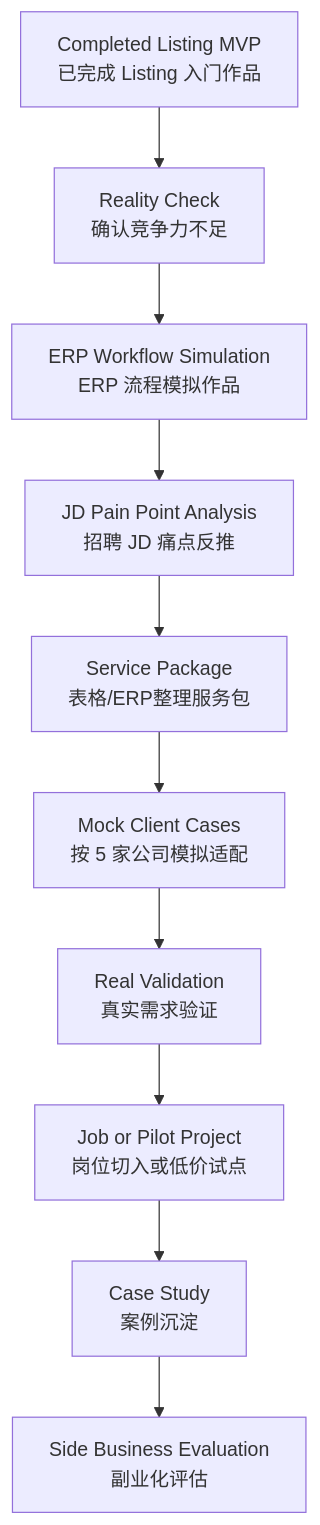
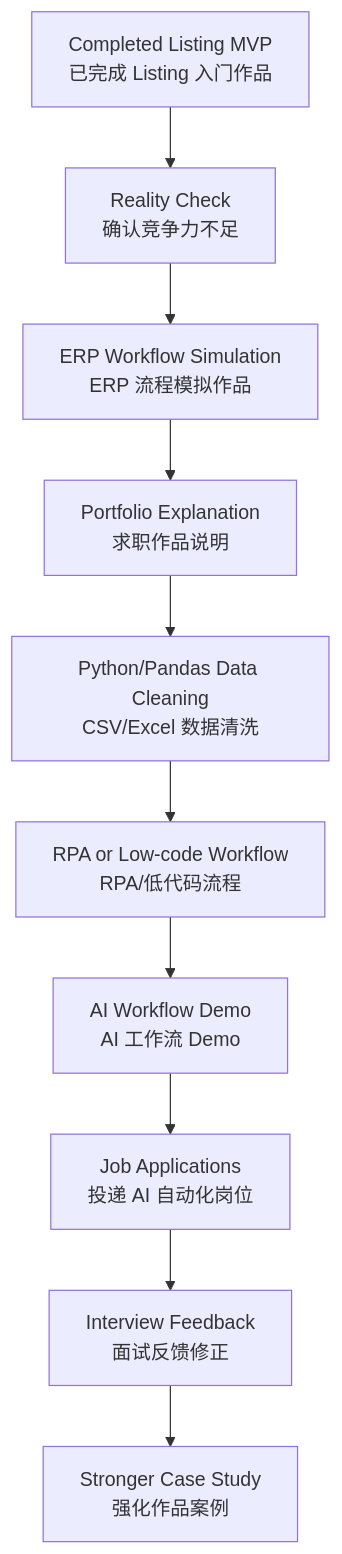
Before and after one commit to sai5585wo/work-plan: the first of 3 diagrams in task-plans/01-overall-roadmap.md, drawn with Mermaid. The commit also changed other lines of this file and 6 other files, not shown here.

````diff
--- a/task-plans/01-overall-roadmap.md
+++ b/task-plans/01-overall-roadmap.md
@@ -58,12 +62,12 @@
 ```mermaid
 flowchart TD
     A["Completed Listing MVP<br/>已完成 Listing 入门作品"] --> B["Reality Check<br/>确认竞争力不足"]
     B --> C["ERP Workflow Simulation<br/>ERP 流程模拟作品"]
-    C --> D["JD Pain Point Analysis<br/>招聘 JD 痛点反推"]
-    D --> E["Service Package<br/>表格/ERP整理服务包"]
-    E --> F["Mock Client Cases<br/>按 5 家公司模拟适配"]
-    F --> G["Real Validation<br/>真实需求验证"]
-    G --> H["Job or Pilot Project<br/>岗位切入或低价试点"]
-    H --> I["Case Study<br/>案例沉淀"]
-    I --> J["Side Business Evaluation<br/>副业化评估"]
+    C --> D["Portfolio Explanation<br/>求职作品说明"]
+    D --> E["Python/Pandas Data Cleaning<br/>CSV/Excel 数据清洗"]
+    E --> F["RPA or Low-code Workflow<br/>RPA/低代码流程"]
+    F --> G["AI Workflow Demo<br/>AI 工作流 Demo"]
+    G --> H["Job Applications<br/>投递 AI 自动化岗位"]
+    H --> I["Interview Feedback<br/>面试反馈修正"]
+    I --> J["Stronger Case Study<br/>强化作品案例"]
 ```
````
